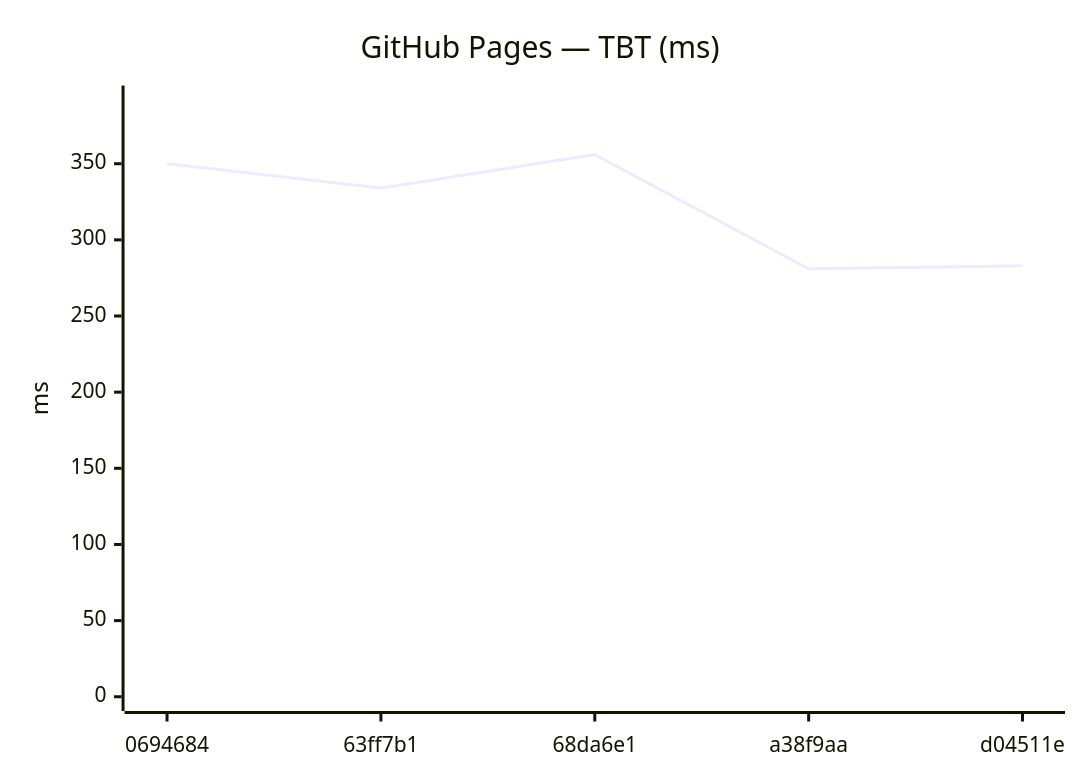
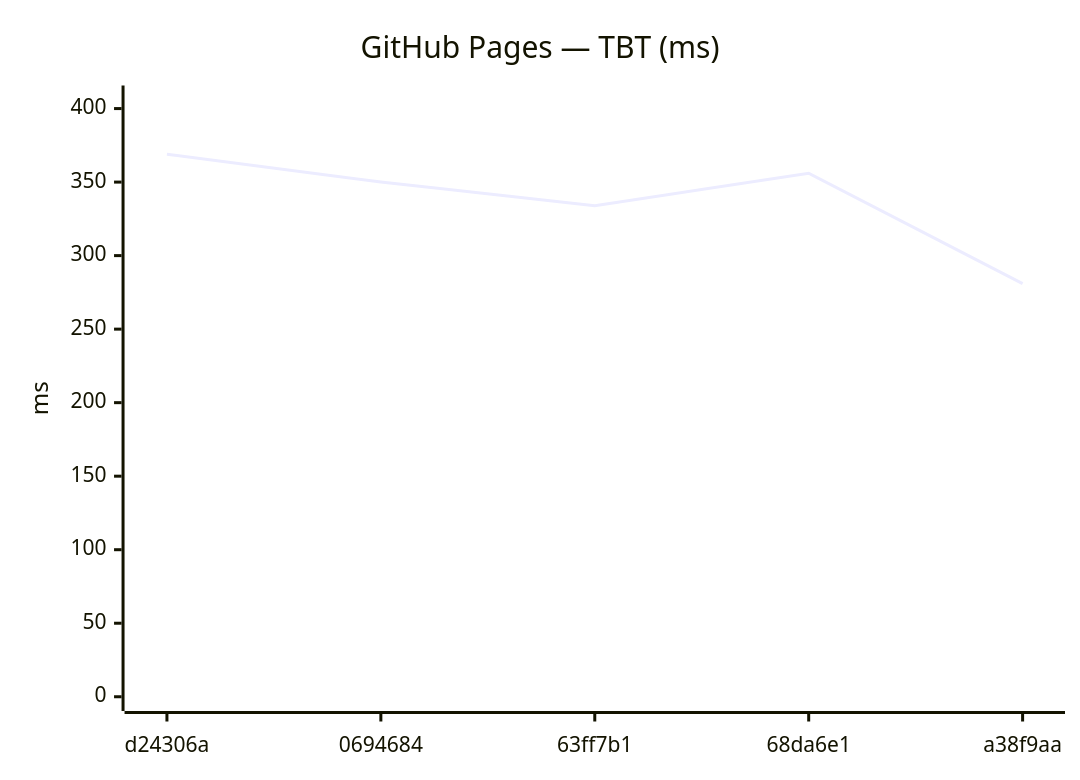
The tenth of 18 diagrams in benchmarks/compare.md (Metaheurist/Rianell), drawn with Mermaid before and after one commit. The commit also changed other lines of this file and 11 other files, not shown here.

````diff
--- a/benchmarks/compare.md
+++ b/benchmarks/compare.md
@@ -149,7 +149,7 @@
 ```mermaid
 xychart-beta
     title "GitHub Pages — TBT (ms)"
-    x-axis ["0694684", "63ff7b1", "68da6e1", "a38f9aa", "d04511e"]
-    y-axis "ms" 0 --> 392
-    line [350, 334, 356, 281, 283]
+    x-axis ["d24306a", "0694684", "63ff7b1", "68da6e1", "a38f9aa"]
+    y-axis "ms" 0 --> 406
+    line [369, 350, 334, 356, 281]
 ```
````
